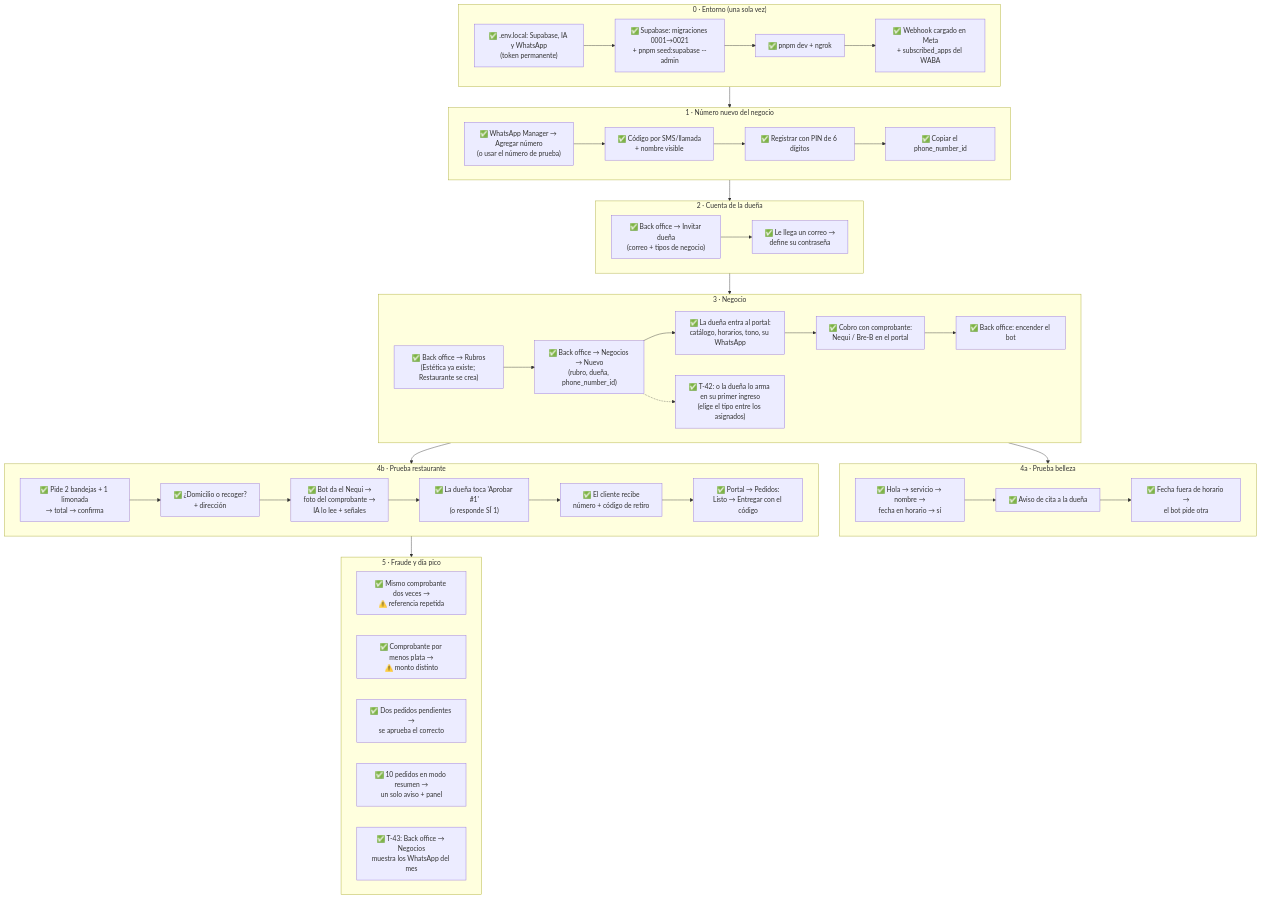
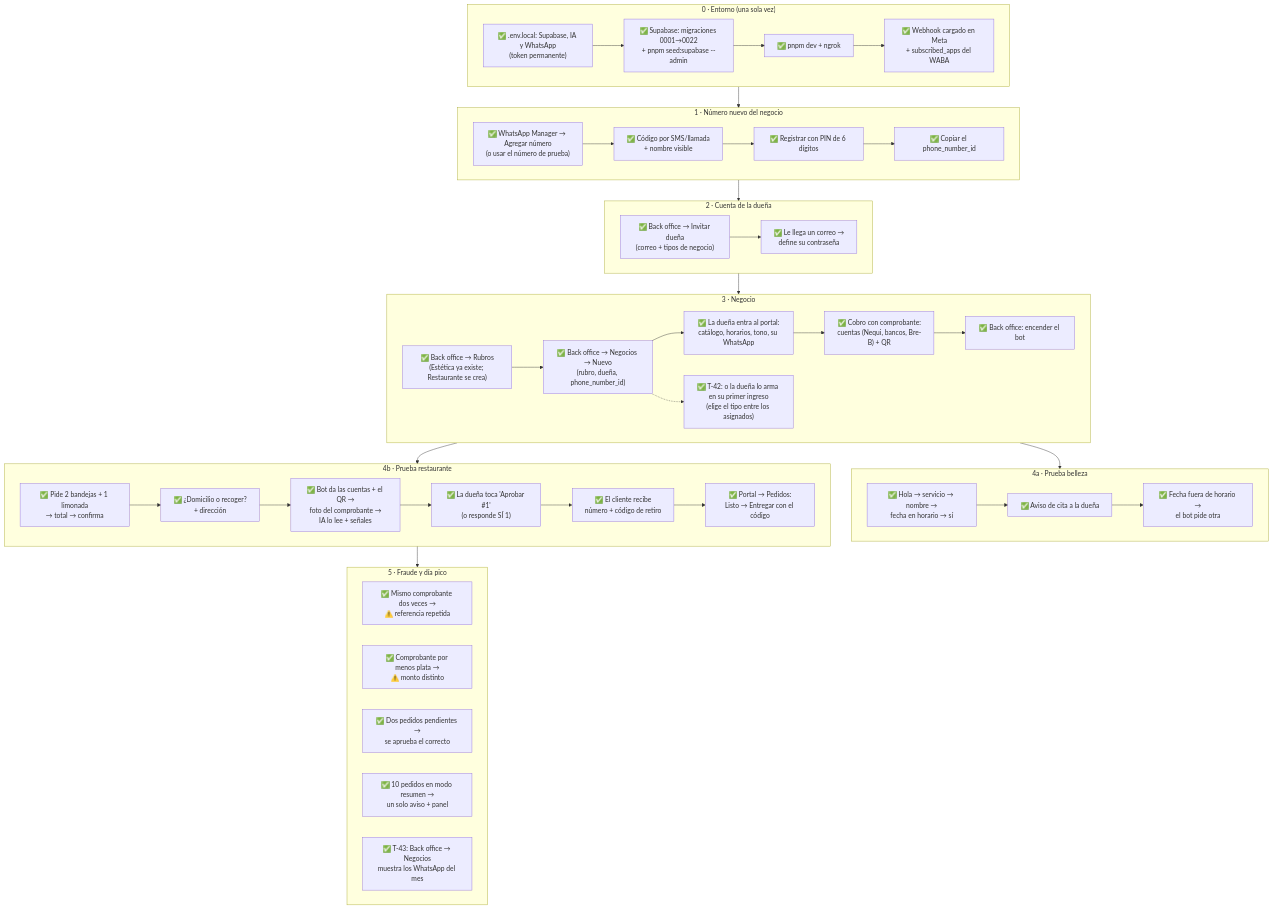
One commit to daniell41-dev/client-automation-bot changed the diagram in docs/17-prueba-local.md. Above: the diagram before and after it, drawn with Mermaid. The commit also changed other lines of this file and 16 other files, not shown here.

First line of the commit message:
feat(T-45): varias cuentas de cobro y QR de pago

````diff
--- a/docs/17-prueba-local.md
+++ b/docs/17-prueba-local.md
@@ -18,55 +18,55 @@
 ```mermaid
 flowchart TD
   subgraph E["0 · Entorno (una sola vez)"]
-    E1["✅ .env.local: Supabase, IA y WhatsApp<br/>(token permanente)"] --> E2["✅ Supabase: migraciones 0001→0021<br/>+ pnpm seed:supabase --admin"]
+    E1["✅ .env.local: Supabase, IA y WhatsApp<br/>(token permanente)"] --> E2["✅ Supabase: migraciones 0001→0022<br/>+ pnpm seed:supabase --admin"]
     E2 --> E3["✅ pnpm dev + ngrok"]
     E3 --> E4["✅ Webhook cargado en Meta<br/>+ subscribed_apps del WABA"]
   end
 
   subgraph T["1 · Número nuevo del negocio"]
     T1["✅ WhatsApp Manager → Agregar número<br/>(o usar el número de prueba)"] --> T2["✅ Código por SMS/llamada<br/>+ nombre visible"]
     T2 --> T3["✅ Registrar con PIN de 6 dígitos"]
     T3 --> T4["✅ Copiar el phone_number_id"]
   end
 
   subgraph U["2 · Cuenta de la dueña"]
     U1["✅ Back office → Invitar dueña<br/>(correo + tipos de negocio)"]
     U2["✅ Le llega un correo →<br/>define su contraseña"]
     U1 --> U2
   end
 
   subgraph N["3 · Negocio"]
     N0["✅ Back office → Rubros<br/>(Estética ya existe; Restaurante se crea)"] --> N1["✅ Back office → Negocios → Nuevo<br/>(rubro, dueña, phone_number_id)"]
     N1 --> N2["✅ La dueña entra al portal:<br/>catálogo, horarios, tono, su WhatsApp"]
-    N2 --> N3["✅ Cobro con comprobante:<br/>Nequi / Bre-B en el portal"]
+    N2 --> N3["✅ Cobro con comprobante:<br/>cuentas (Nequi, bancos, Bre-B) + QR"]
     N3 --> N5["✅ Back office: encender el bot"]
     N4["✅ T-42: o la dueña lo arma en su primer ingreso<br/>(elige el tipo entre los asignados)"]
     N1 -.-> N4
   end
 
   subgraph B["4a · Prueba belleza"]
     B1["✅ Hola → servicio → nombre →<br/>fecha en horario → sí"] --> B2["✅ Aviso de cita a la dueña"]
     B2 --> B3["✅ Fecha fuera de horario →<br/>el bot pide otra"]
   end
 
   subgraph R["4b · Prueba restaurante"]
     R1["✅ Pide 2 bandejas + 1 limonada<br/>→ total → confirma"] --> R2["✅ ¿Domicilio o recoger?<br/>+ dirección"]
-    R2 --> R3["✅ Bot da el Nequi →<br/>foto del comprobante →<br/>IA lo lee + señales"]
+    R2 --> R3["✅ Bot da las cuentas + el QR →<br/>foto del comprobante →<br/>IA lo lee + señales"]
     R3 --> R4["✅ La dueña toca 'Aprobar #1'<br/>(o responde SÍ 1)"]
     R4 --> R5["✅ El cliente recibe<br/>número + código de retiro"]
     R5 --> R6["✅ Portal → Pedidos:<br/>Listo → Entregar con el código"]
   end
 
   subgraph F["5 · Fraude y día pico"]
     F1["✅ Mismo comprobante dos veces →<br/>⚠️ referencia repetida"]
     F2["✅ Comprobante por menos plata →<br/>⚠️ monto distinto"]
     F3["✅ Dos pedidos pendientes →<br/>se aprueba el correcto"]
     F4["✅ 10 pedidos en modo resumen →<br/>un solo aviso + panel"]
     F5["✅ T-43: Back office → Negocios<br/>muestra los WhatsApp del mes"]
   end
 
   E --> T --> U --> N
   N --> B
   N --> R
   R --> F
 ```
````
